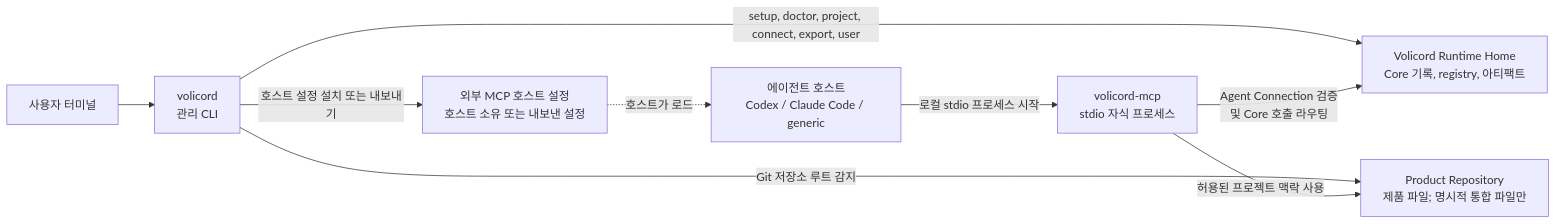
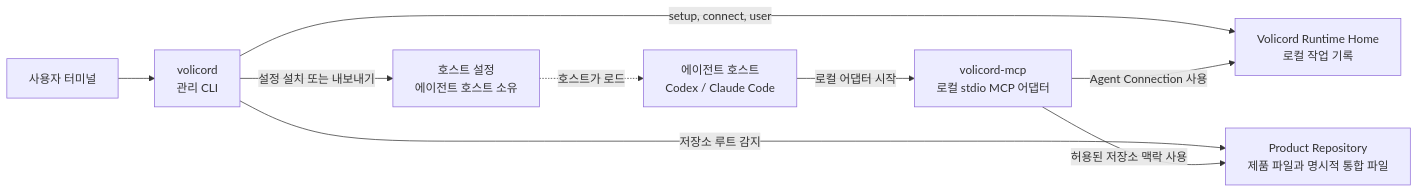
The second of 2 diagrams in README.ko.md (minjungw00/Harness_Project), drawn with Mermaid before and after one commit. The commit also changed other lines of this file and 1 other file, not shown here.

````diff
--- a/README.ko.md
+++ b/README.ko.md
@@ -115,19 +154,19 @@
 ```mermaid
 flowchart LR
-  user["사용자 터미널"]
+  terminal["사용자 터미널"]
   cli["volicord<br/>관리 CLI"]
-  host["에이전트 호스트<br/>Codex / Claude Code / generic"]
-  mcp["volicord-mcp<br/>stdio 자식 프로세스"]
-  runtime["Volicord Runtime Home<br/>Core 기록, registry, 아티팩트"]
-  repo["Product Repository<br/>제품 파일; 명시적 통합 파일만"]
-  hostcfg["외부 MCP 호스트 설정<br/>호스트 소유 또는 내보낸 설정"]
+  host["에이전트 호스트<br/>Codex / Claude Code"]
+  adapter["volicord-mcp<br/>로컬 stdio MCP 어댑터"]
+  home["Volicord Runtime Home<br/>로컬 작업 기록"]
+  repo["Product Repository<br/>제품 파일과 명시적 통합 파일"]
+  config["호스트 설정<br/>에이전트 호스트 소유"]
 
-  user --> cli
-  cli -- "setup, doctor, project, connect, export, user" --> runtime
-  cli -- "Git 저장소 루트 감지" --> repo
-  cli -- "호스트 설정 설치 또는 내보내기" --> hostcfg
-  hostcfg -. "호스트가 로드" .-> host
-  host -- "로컬 stdio 프로세스 시작" --> mcp
-  mcp -- "Agent Connection 검증<br/>및 Core 호출 라우팅" --> runtime
-  mcp -- "허용된 프로젝트 맥락 사용" --> repo
+  terminal --> cli
+  cli -- "setup, connect, user" --> home
+  cli -- "저장소 루트 감지" --> repo
+  cli -- "설정 설치 또는 내보내기" --> config
+  config -. "호스트가 로드" .-> host
+  host -- "로컬 어댑터 시작" --> adapter
+  adapter -- "Agent Connection 사용" --> home
+  adapter -- "허용된 저장소 맥락 사용" --> repo
 ```
````
